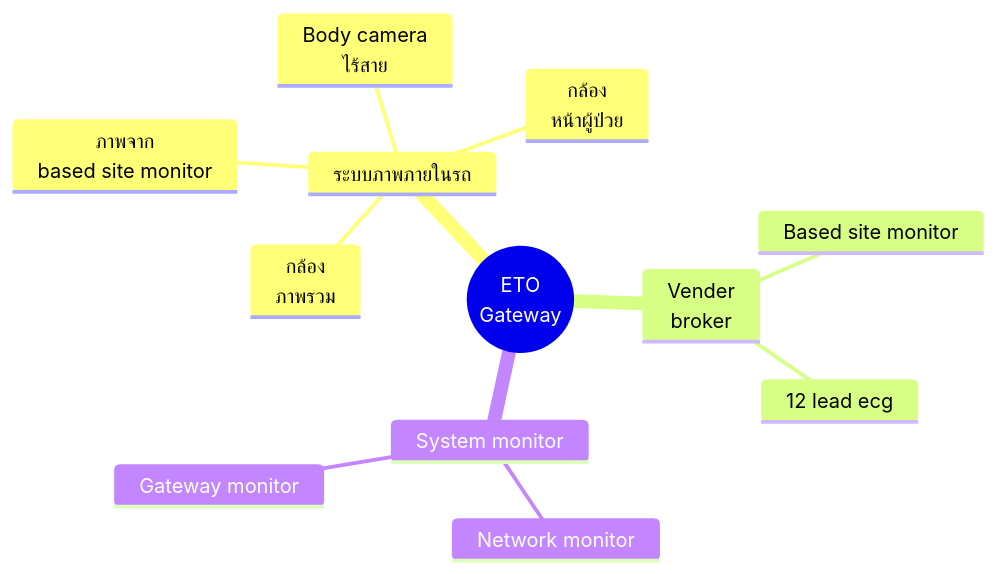
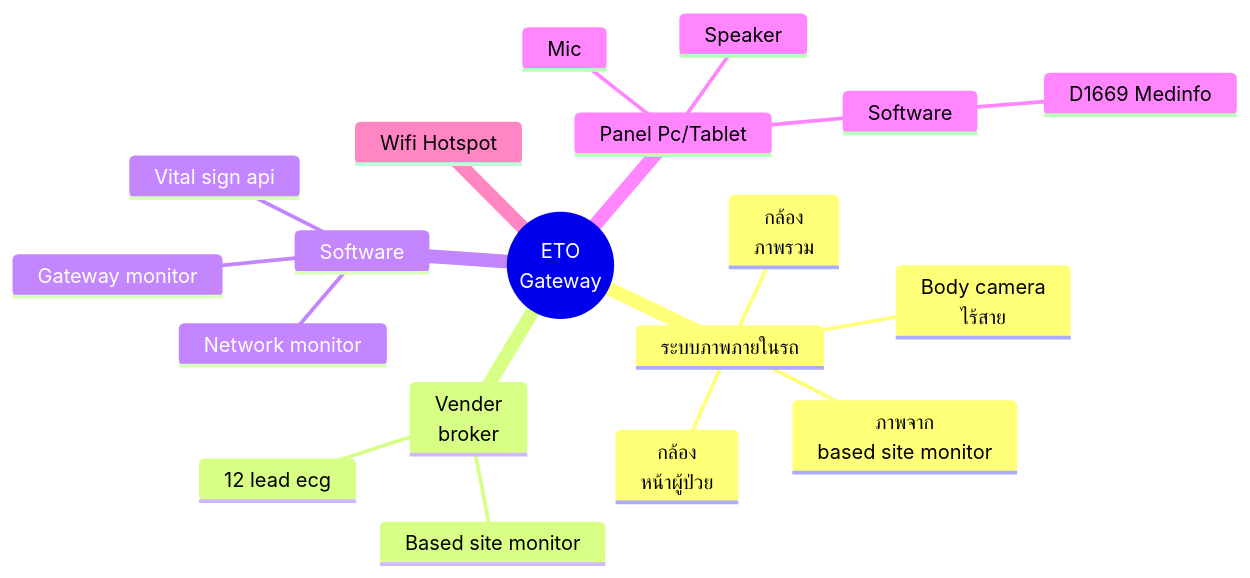
Before and after one commit to lionants02/eto-doc: the diagram in home.md, drawn with Mermaid.

Commit message:
add diagram

```diff
--- a/home.md
+++ b/home.md
@@ -14,24 +14,37 @@
   <pre class="mermaid">
     mindmap
     root((ETO<br/>Gateway))
         ระบบภาพภายในรถ
         ::icon(fa fa-ambulance)
             กล้อง<br/>ภาพรวม
             ::icon(fa fa-camera)
             กล้อง<br/>หน้าผู้ป่วย
             ::icon(fa fa-camera)
             Body camera<br/>ไร้สาย
             ::icon(fa fa-camera)
             ภาพจาก<br/>based site monitor
             ::icon(fa fa-heartbeat)
             
         Vender<br/>broker
             Based site monitor
             ::icon(fa fa-heartbeat)
             12 lead ecg
             ::icon(fa fa-heartbeat)
 
-        System monitor
+        Software
             Network monitor
             Gateway monitor
+            Vital sign api
+
+        Panel Pc/Tablet
+        ::icon(fa fa-tablet)
+            Mic
+            ::icon(fa fa-microphone)
+            Speaker
+            ::icon(fa fa-volume-up)
+            Software
+                D1669 Medinfo
+
+        Wifi Hotspot
+        ::icon(fa fa-wifi)
   </pre>
```
